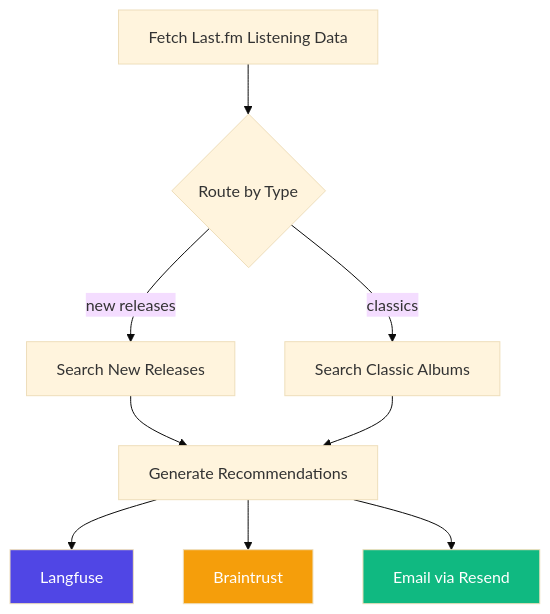
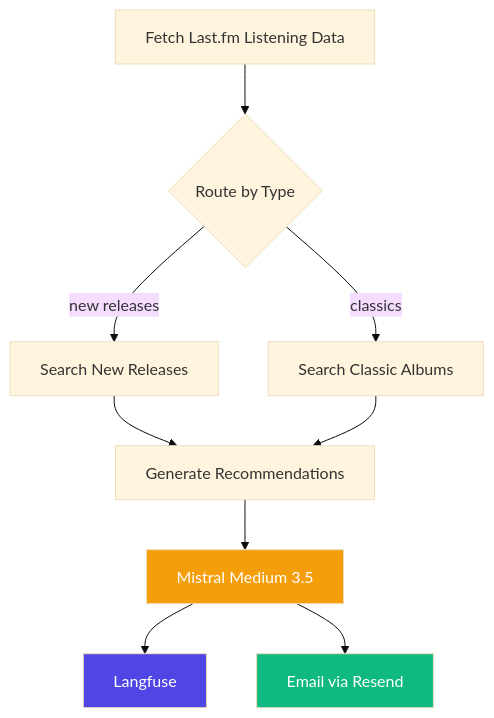
The diagram in README.md (rbarbadillo/tocadiscos), drawn with Mermaid (base theme) before and after one commit. The commit also changed other lines of this file, not shown here.

````diff
--- a/README.md
+++ b/README.md
@@ -7,15 +7,15 @@
 ```mermaid
 graph TD
     A[Fetch Last.fm Listening Data] --> B{Route by Type}
     B -->|new releases| C[Search New Releases]
     B -->|classics| D[Search Classic Albums]
     C --> E[Generate Recommendations]
     D --> E
-    E --> F[Langfuse]
-    E --> G[Braintrust]
-    E --> H[Email via Resend]
+    E --> F[Mistral Medium 3.5]
+    F --> G[Langfuse]
+    F --> H[Email via Resend]
 
-    style F fill:#5046e5,color:#fff
-    style G fill:#f59e0b,color:#fff
+    style F fill:#f59e0b,color:#fff
+    style G fill:#5046e5,color:#fff
     style H fill:#10b981,color:#fff
 ```
````
